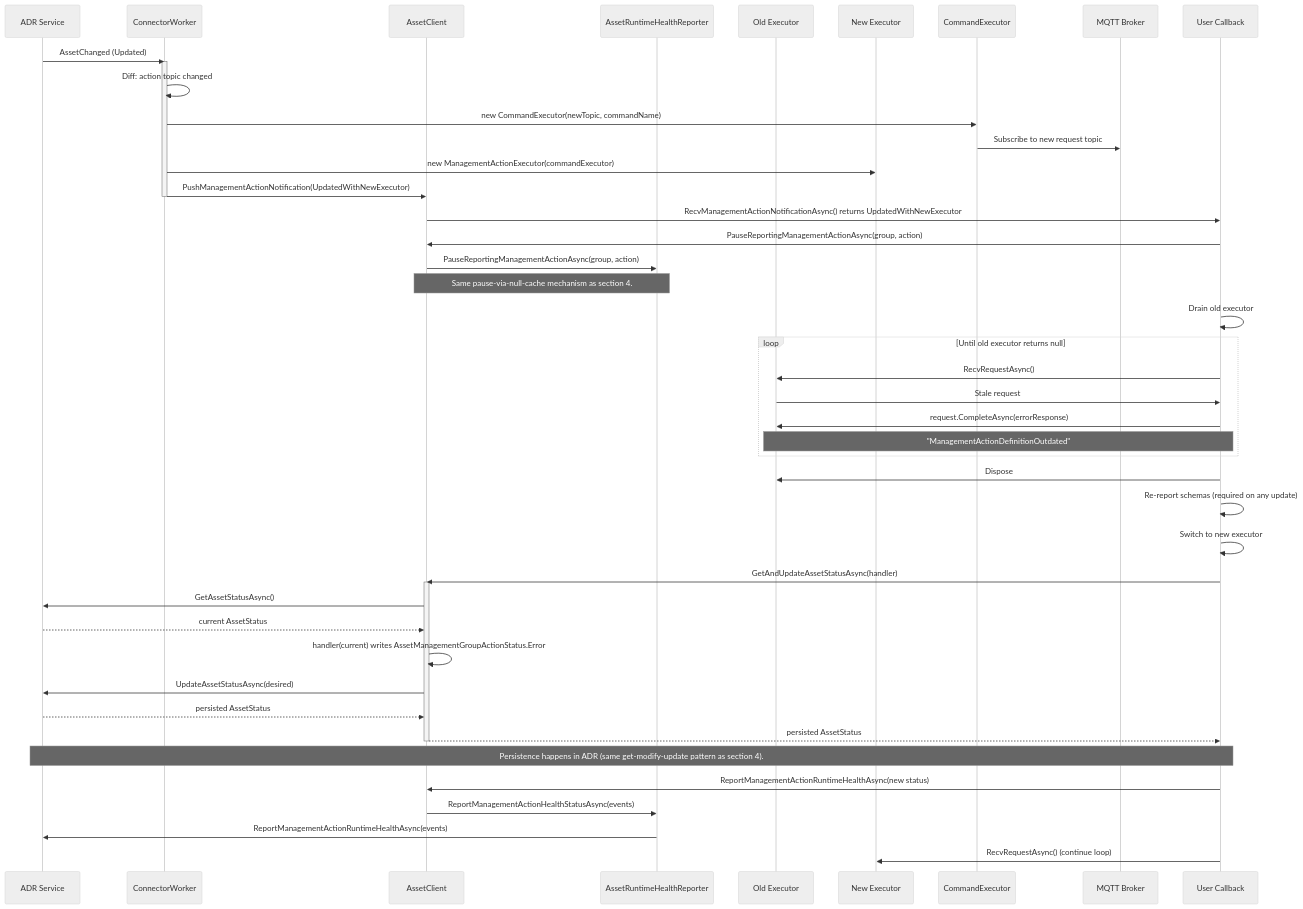
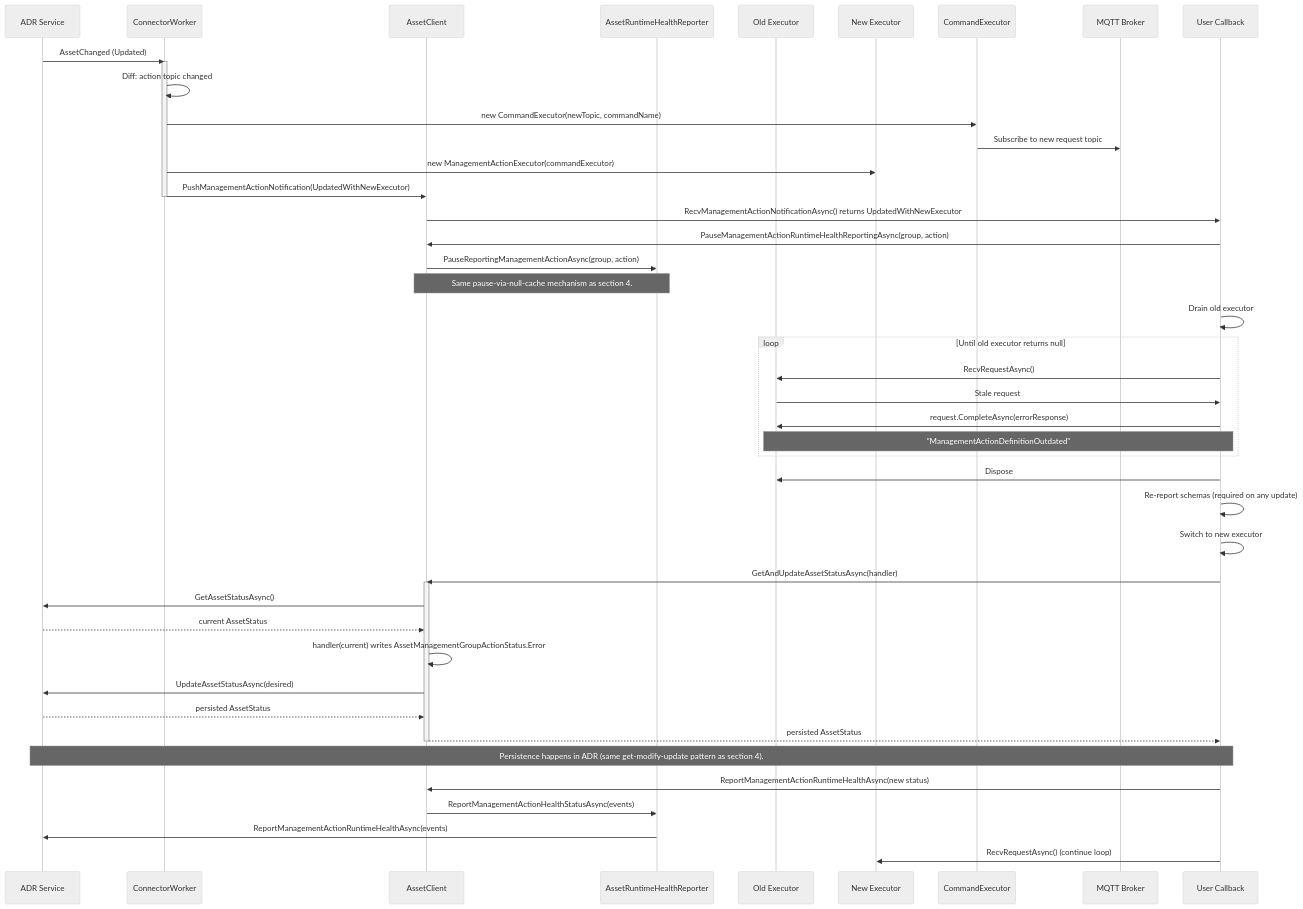
One commit to Azure/iot-operations-sdks changed the eighth of 11 diagrams in doc/dev/tmp/management-action-implementation-design.md. Above: the diagram before and after it, drawn with Mermaid (neutral theme). The commit also changed other lines of this file and 3 other files, not shown here.

Commit message:
address review comments: update GetManagementActionExecutorAsync

````diff
--- a/doc/dev/tmp/management-action-implementation-design.md
+++ b/doc/dev/tmp/management-action-implementation-design.md
@@ -818,54 +821,54 @@
 ```mermaid
 sequenceDiagram
     participant ADR as ADR Service
     participant CW as ConnectorWorker
     participant AC as AssetClient
     participant HR as AssetRuntimeHealthReporter
     participant MAE_old as Old Executor
     participant MAE_new as New Executor
     participant CE as CommandExecutor
     participant MQTT as MQTT Broker
     participant User as User Callback
 
     ADR->>CW: AssetChanged (Updated)
     activate CW
     CW->>CW: Diff: action topic changed
 
     CW->>CE: new CommandExecutor(newTopic, commandName)
     CE->>MQTT: Subscribe to new request topic
     CW->>MAE_new: new ManagementActionExecutor(commandExecutor)
 
     CW->>AC: PushManagementActionNotification(UpdatedWithNewExecutor)
     deactivate CW
     AC->>User: RecvManagementActionNotificationAsync() returns UpdatedWithNewExecutor
 
-    User->>AC: PauseReportingManagementActionAsync(group, action)
+    User->>AC: PauseManagementActionRuntimeHealthReportingAsync(group, action)
     AC->>HR: PauseReportingManagementActionAsync(group, action)
     Note over AC,HR: Same pause-via-null-cache mechanism as section 4.
 
     User->>User: Drain old executor
     loop Until old executor returns null
         User->>MAE_old: RecvRequestAsync()
         MAE_old->>User: Stale request
         User->>MAE_old: request.CompleteAsync(errorResponse)
         Note over User,MAE_old: "ManagementActionDefinitionOutdated"
     end
     User->>MAE_old: Dispose
 
     User->>User: Re-report schemas (required on any update)
     User->>User: Switch to new executor
     User->>AC: GetAndUpdateAssetStatusAsync(handler)
     activate AC
     AC->>ADR: GetAssetStatusAsync()
     ADR-->>AC: current AssetStatus
     AC->>AC: handler(current) writes AssetManagementGroupActionStatus.Error
     AC->>ADR: UpdateAssetStatusAsync(desired)
     ADR-->>AC: persisted AssetStatus
     AC-->>User: persisted AssetStatus
     deactivate AC
     Note over User,ADR: Persistence happens in ADR (same get-modify-update pattern as section 4).
     User->>AC: ReportManagementActionRuntimeHealthAsync(new status)
     AC->>HR: ReportManagementActionHealthStatusAsync(events)
     HR->>ADR: ReportManagementActionRuntimeHealthAsync(events)
     User->>MAE_new: RecvRequestAsync() (continue loop)
 ```
````
